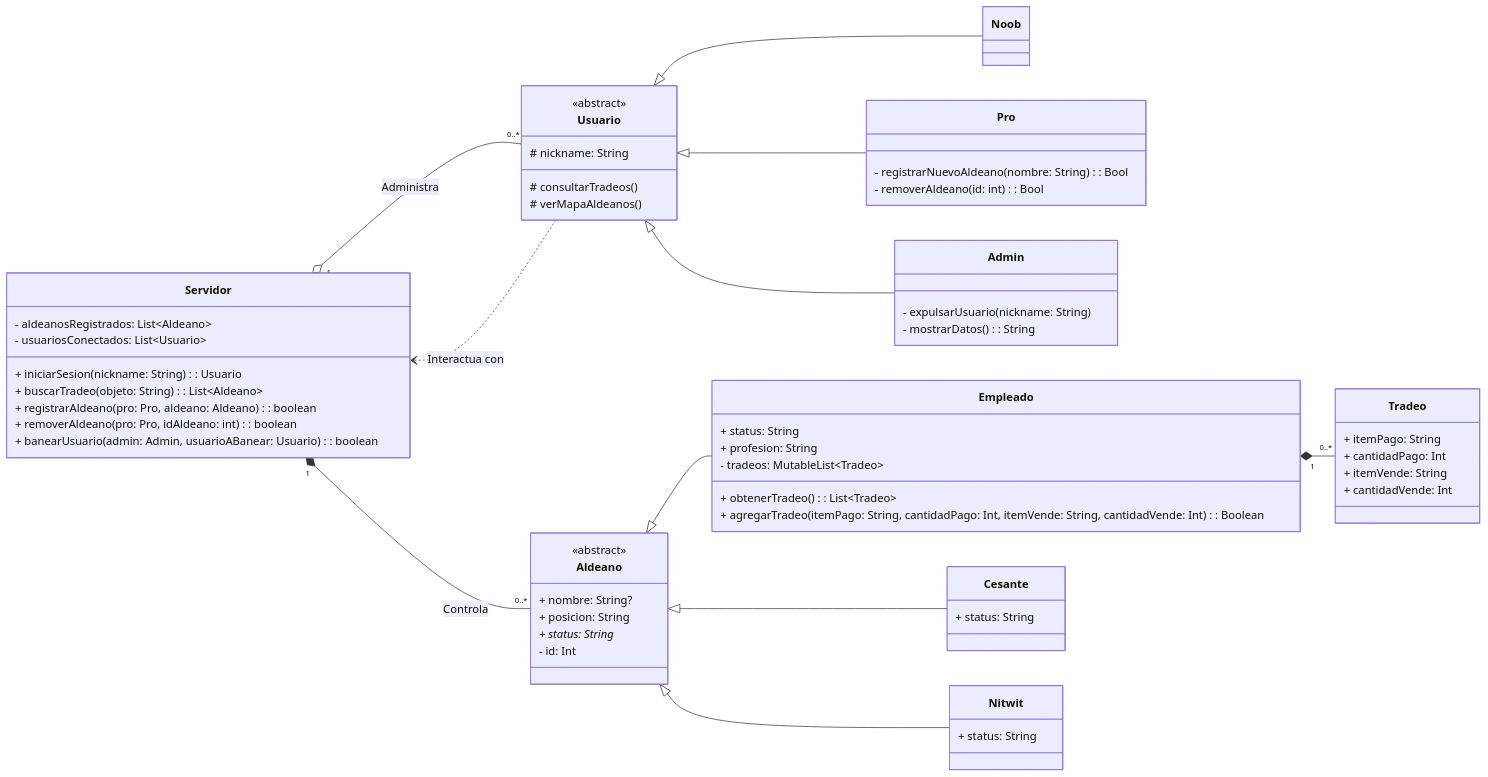
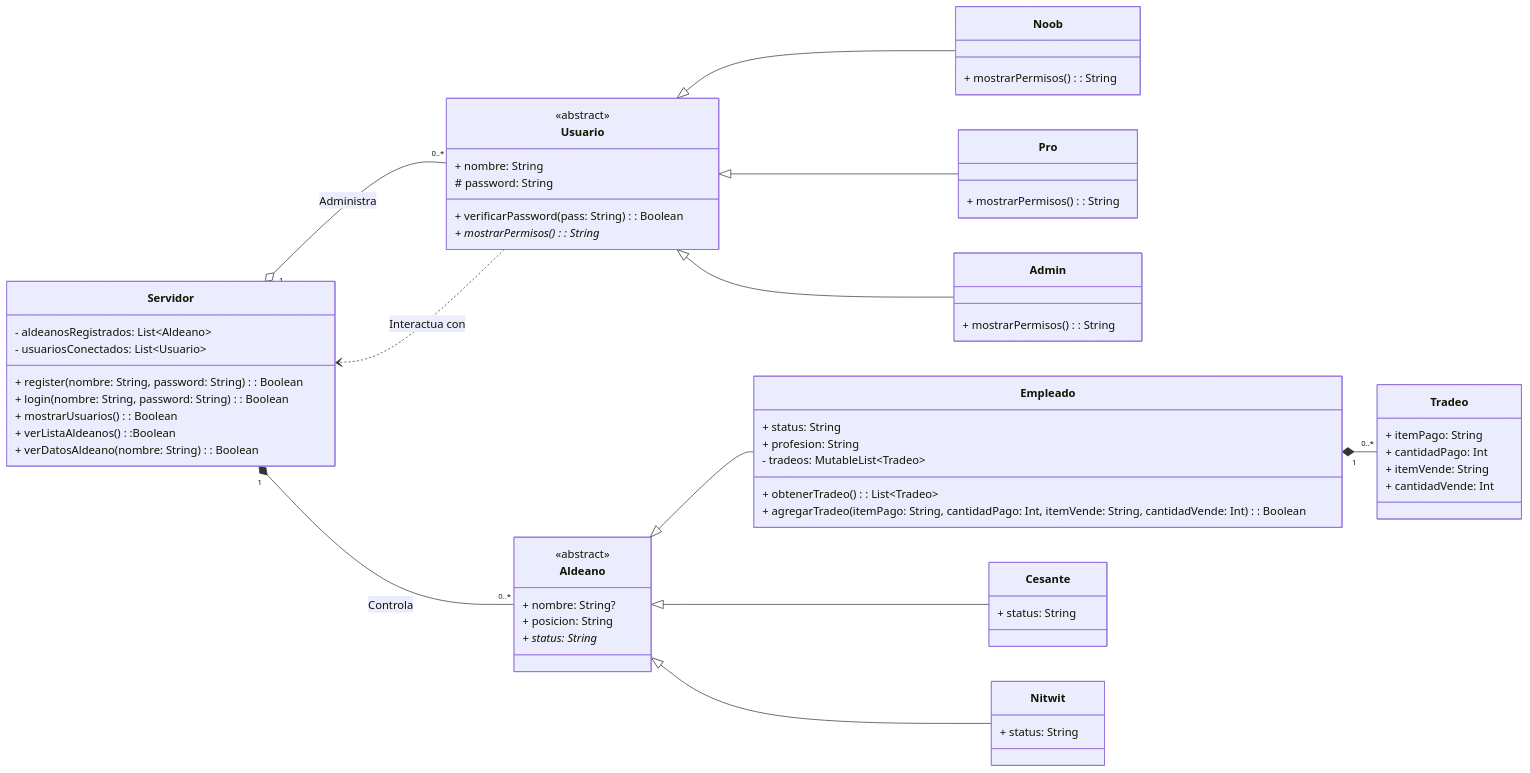
The diagram in README.md (carlos-moreno1/lab-kotlin1), drawn with Mermaid before and after one commit.

````diff
--- a/README.md
+++ b/README.md
@@ -46,79 +46,78 @@
 ```mermaid
 classDiagram
     direction LR
     class Servidor {
         - aldeanosRegistrados: List~Aldeano~
         - usuariosConectados: List~Usuario~
-        + iniciarSesion(nickname: String): Usuario
-        + buscarTradeo(objeto: String): List~Aldeano~
-        + registrarAldeano(pro: Pro, aldeano: Aldeano): boolean
-        + removerAldeano(pro: Pro, idAldeano: int): boolean
-        + banearUsuario(admin: Admin, usuarioABanear: Usuario): boolean
+        + register(nombre: String, password: String): Boolean
+        + login(nombre: String, password: String): Boolean
+        + mostrarUsuarios(): Boolean
+        + verListaAldeanos():Boolean
+        + verDatosAldeano(nombre: String): Boolean
     }
 
     class Usuario {
         <<abstract>>
-        # nickname: String
-        # consultarTradeos()
-        # verMapaAldeanos()
+        + nombre: String
+        # password: String
+        + verificarPassword(pass: String): Boolean
+        + mostrarPermisos(): String*
     }
 
     class Noob {
+        + mostrarPermisos(): String
     }
     
     class Pro {
-        - registrarNuevoAldeano(nombre: String): Bool
-        - removerAldeano(id: int): Bool
+        + mostrarPermisos(): String
     }
     
     class Admin {
-        - expulsarUsuario(nickname: String)
-        - mostrarDatos(): String
+        + mostrarPermisos(): String
     }
 
     class Aldeano {
         <<abstract>>
         + nombre: String?
         + posicion: String
         + status: String*
-        - id: Int
     }
 
     class Empleado {
         + status: String
         + profesion: String
         - tradeos: MutableList~Tradeo~
         + obtenerTradeo(): List~Tradeo~
         + agregarTradeo(itemPago: String, cantidadPago: Int, itemVende: String, cantidadVende: Int): Boolean
     }
 
     class Cesante {
         + status: String
     }
 
     class Nitwit {
         + status: String
     }
 
     class Tradeo {
         + itemPago: String
         + cantidadPago: Int
         + itemVende: String
         + cantidadVende: Int 
     }
 
     %% HERENCIA
     Aldeano <|-- Empleado
     Aldeano <|-- Cesante
     Aldeano <|-- Nitwit
 
     Usuario <|-- Noob
     Usuario <|-- Pro
     Usuario <|-- Admin
 
     %% RELACIONES
     Empleado "1" *-- "0..*" Tradeo
     Servidor "1" *-- "0..*" Aldeano : Controla
     Servidor "1" o-- "0..*" Usuario : Administra
     Usuario ..> Servidor : Interactua con
 ```
````
